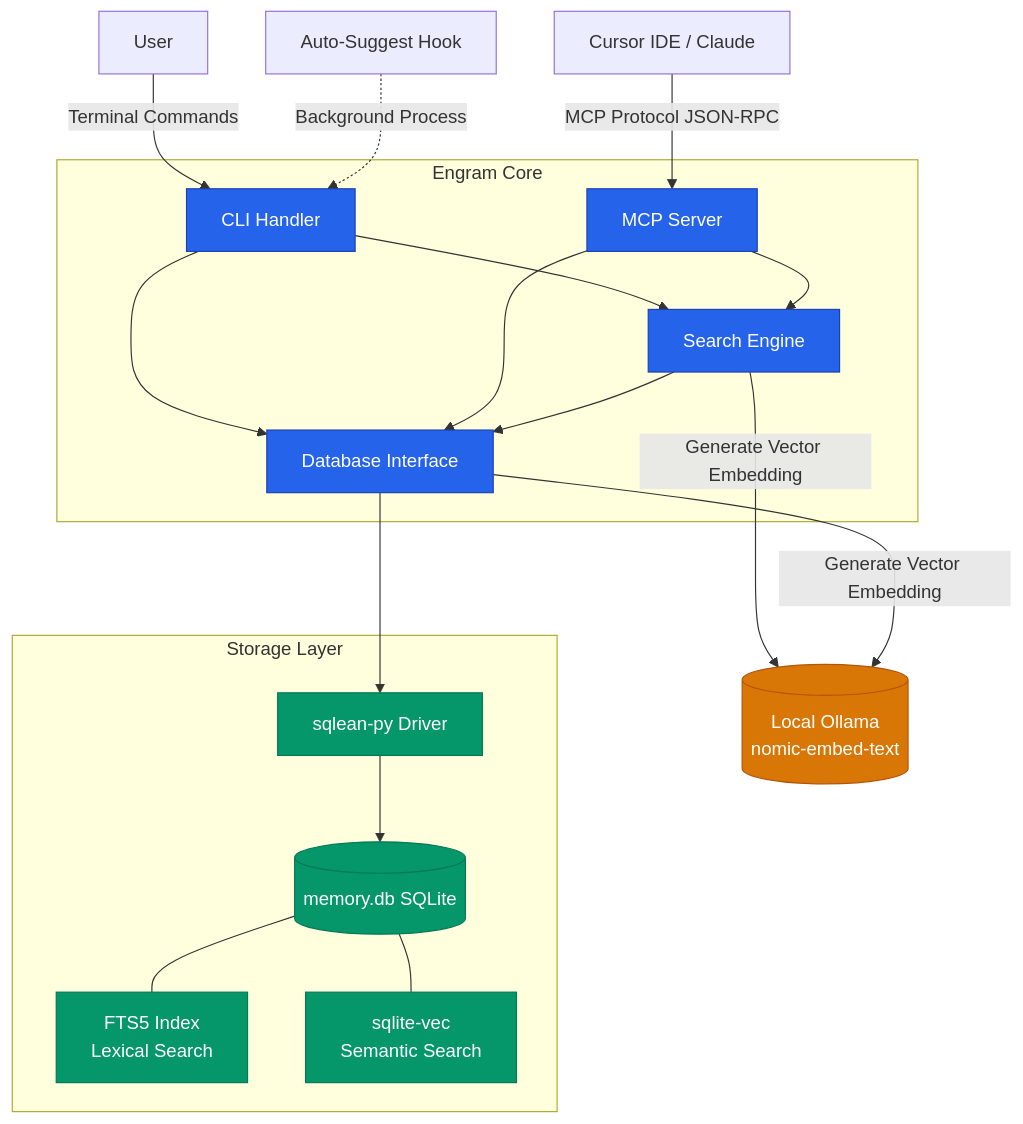
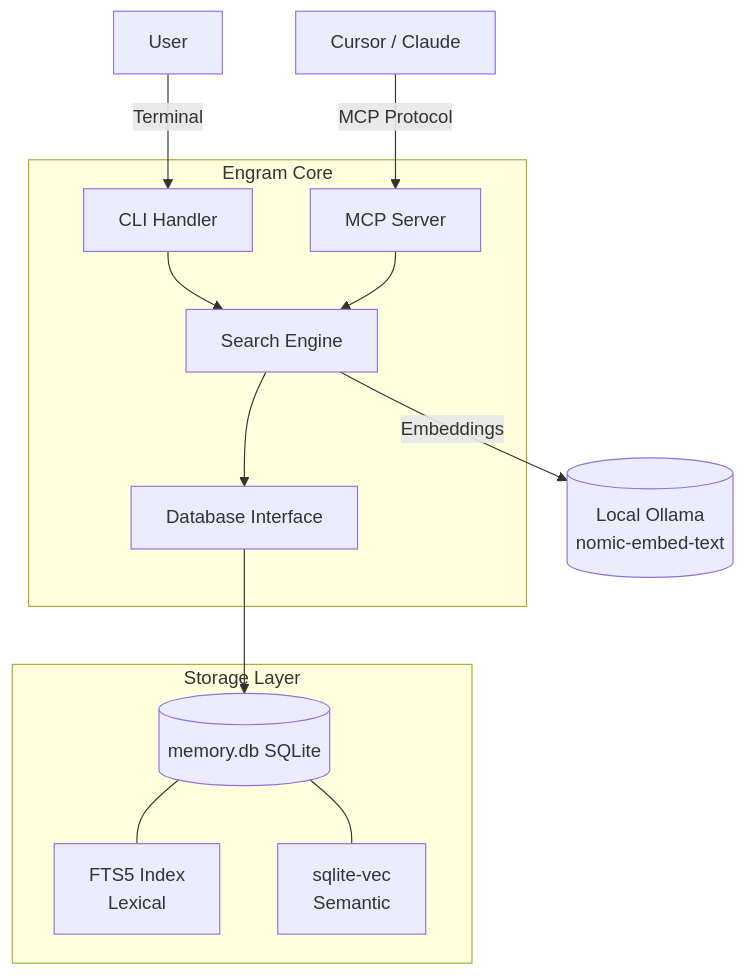
The first of 2 diagrams in README.md (luiscota99/engram), drawn with Mermaid before and after one commit. The commit also changed other lines of this file and 21 other files, not shown here.

````diff
--- a/README.md
+++ b/README.md
@@ -231,38 +27,23 @@
 ```mermaid
 graph TD
     %% Actors/Interfaces
-    U[User] -->|Terminal Commands| CLI[CLI Handler]
-    IDE[Cursor IDE / Claude] -->|MCP Protocol JSON-RPC| MCP[MCP Server]
-    Hook[Auto-Suggest Hook] -.->|Background Process| CLI
+    U[User] -->|Terminal| CLI[CLI Handler]
+    IDE[Cursor / Claude] -->|MCP Protocol| MCP[MCP Server]
     
     %% Core Logic
     subgraph Engram Core
         CLI --> SE[Search Engine]
         MCP --> SE[Search Engine]
-        CLI --> DB_Int[Database Interface]
-        MCP --> DB_Int[Database Interface]
-        SE --> DB_Int
+        SE --> DB_Int[Database Interface]
     end
     
     %% AI Model
-    SE -- "Generate Vector Embedding" --> Ollama[(Local Ollama<br/>nomic-embed-text)]
-    DB_Int -- "Generate Vector Embedding" --> Ollama
+    SE -- "Embeddings" --> Ollama[(Local Ollama<br/>nomic-embed-text)]
     
-    %% Database Layer
+    %% Storage Layer
     subgraph Storage Layer
-        DB_Int --> Driver[sqlean-py Driver]
-        Driver --> SQLite[(memory.db SQLite)]
-        
-        SQLite --- FTS[FTS5 Index<br/>Lexical Search]
-        SQLite --- VEC[sqlite-vec<br/>Semantic Search]
+        DB_Int --> SQLite[(memory.db SQLite)]
+        SQLite --- FTS[FTS5 Index<br/>Lexical]
+        SQLite --- VEC[sqlite-vec<br/>Semantic]
     end
-    
-    %% Layout styling
-    classDef primary fill:#2563eb,stroke:#1e40af,color:white;
-    classDef db fill:#059669,stroke:#047857,color:white;
-    classDef ai fill:#d97706,stroke:#b45309,color:white;
-    
-    class CLI,MCP,SE,DB_Int primary;
-    class SQLite,FTS,VEC,Driver db;
-    class Ollama ai;
 ```
````
